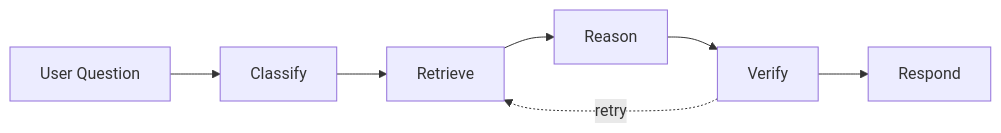
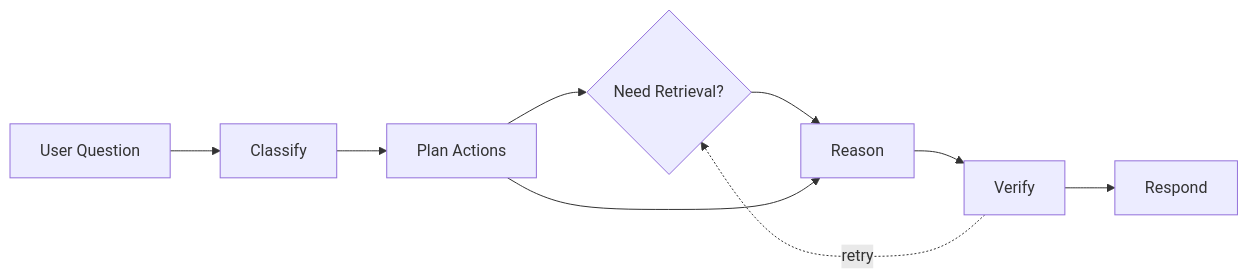
Before and after one commit to claritylabs-inc/cl-sdk: the second of 3 diagrams in docs-pkg/getting-started/architecture.mdx, drawn with Mermaid. The commit also changed other lines of this file and 12 other files, not shown here.

````diff
--- a/docs-pkg/getting-started/architecture.mdx
+++ b/docs-pkg/getting-started/architecture.mdx
@@ -80,9 +90,11 @@
 ```mermaid
 flowchart LR
   Q[User Question] --> C[Classify]
-  C --> R[Retrieve]
+  C --> P[Plan Actions]
+  P --> R{Need Retrieval?}
   R --> RE[Reason]
+  P --> RE
   RE --> V[Verify]
   V --> RS[Respond]
   V -.->|retry| R
 ```
````
